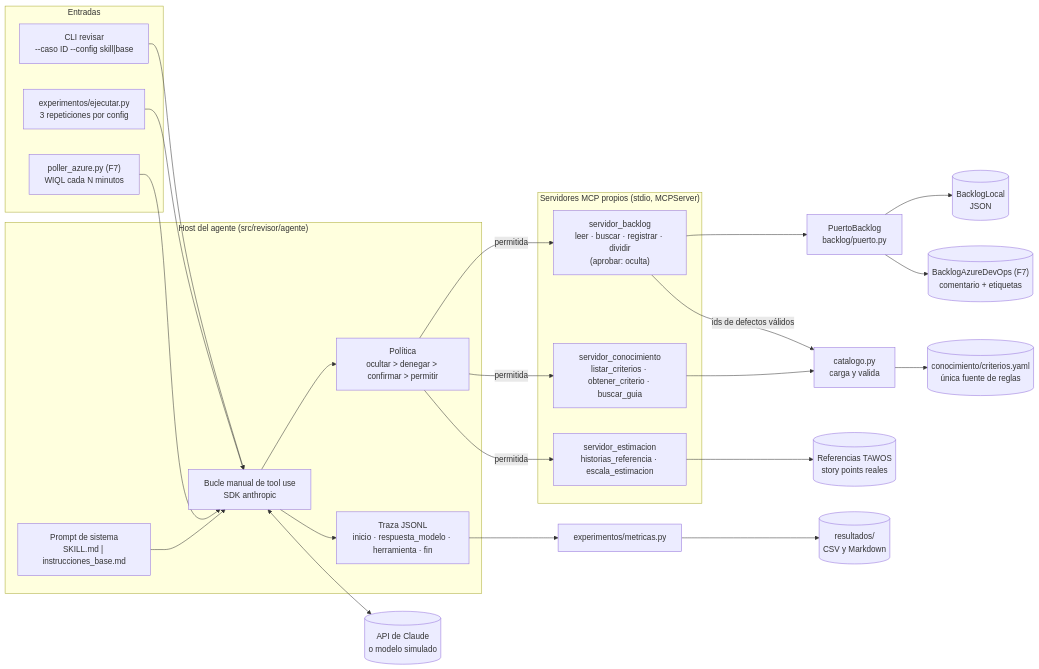
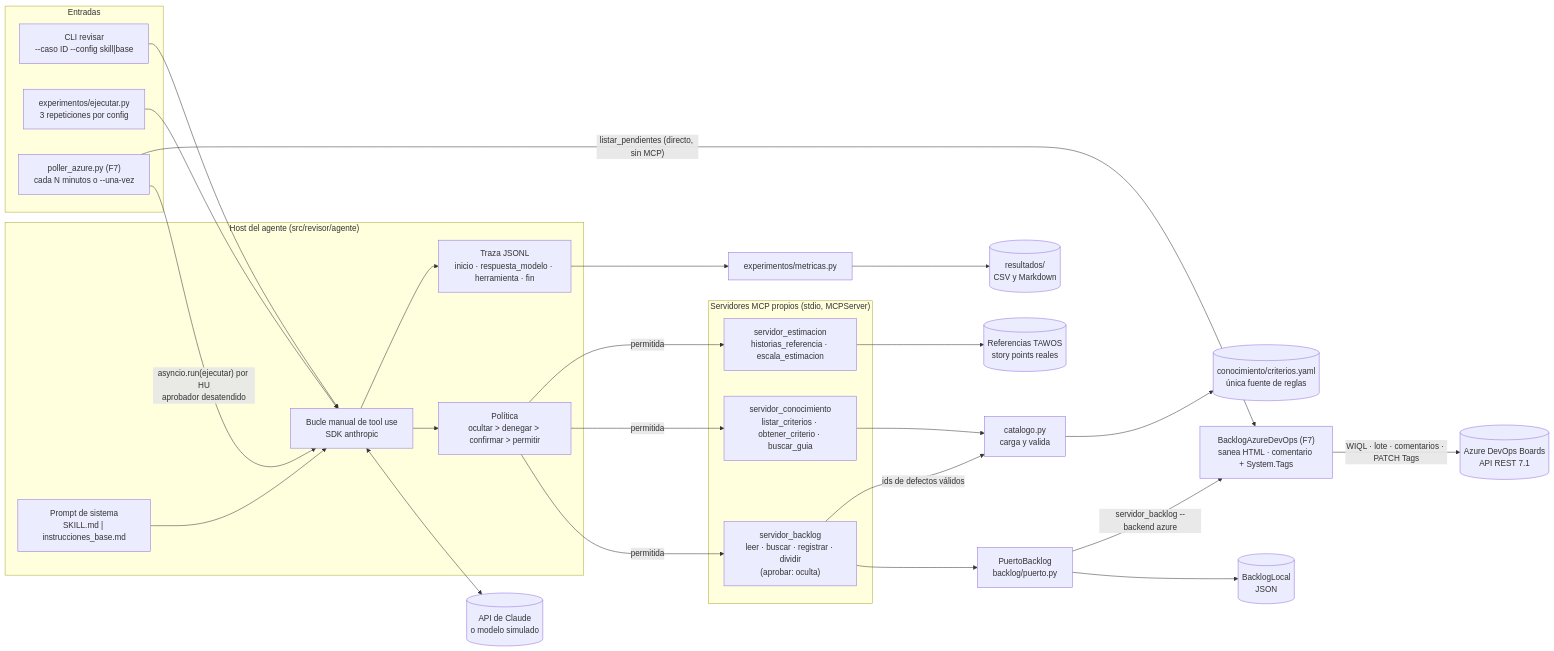
Before and after one commit to zele0991-lab/RevisorHU: the diagram in docs/ARQUITECTURA.md, drawn with Mermaid. The commit also changed 25 other files, not shown here.

First line of the commit message:
F7: conector de Azure DevOps y poller, con revisión real de 10 HU

````diff
--- a/docs/ARQUITECTURA.md
+++ b/docs/ARQUITECTURA.md
@@ -7,52 +7,55 @@
 ```mermaid
 flowchart LR
     subgraph Entradas
         CLI["CLI revisar<br/>--caso ID --config skill|base"]
         EXP["experimentos/ejecutar.py<br/>3 repeticiones por config"]
-        POLL["poller_azure.py (F7)<br/>WIQL cada N minutos"]
+        POLL["poller_azure.py (F7)<br/>cada N minutos o --una-vez"]
     end
 
     subgraph Host["Host del agente (src/revisor/agente)"]
         PROMPT["Prompt de sistema<br/>SKILL.md | instrucciones_base.md"]
         BUCLE["Bucle manual de tool use<br/>SDK anthropic"]
         POL["Política<br/>ocultar > denegar > confirmar > permitir"]
         TRAZA["Traza JSONL<br/>inicio · respuesta_modelo · herramienta · fin"]
     end
 
     API[("API de Claude<br/>o modelo simulado")]
 
     subgraph MCP["Servidores MCP propios (stdio, MCPServer)"]
         SB["servidor_backlog<br/>leer · buscar · registrar · dividir<br/>(aprobar: oculta)"]
         SC["servidor_conocimiento<br/>listar_criterios · obtener_criterio · buscar_guia"]
         SE["servidor_estimacion<br/>historias_referencia · escala_estimacion"]
     end
 
     PUERTO["PuertoBacklog<br/>backlog/puerto.py"]
     LOCAL[("BacklogLocal<br/>JSON")]
-    AZDO[("BacklogAzureDevOps (F7)<br/>comentario + etiquetas")]
+    AZDO["BacklogAzureDevOps (F7)<br/>sanea HTML · comentario + System.Tags"]
+    BOARDS[("Azure DevOps Boards<br/>API REST 7.1")]
     CAT["catalogo.py<br/>carga y valida"]
     YAML[("conocimiento/criterios.yaml<br/>única fuente de reglas")]
     TAWOS[("Referencias TAWOS<br/>story points reales")]
     MET["experimentos/metricas.py"]
     RES[("resultados/<br/>CSV y Markdown")]
 
     CLI --> BUCLE
     EXP --> BUCLE
-    POLL --> BUCLE
+    POLL -->|"asyncio.run(ejecutar) por HU<br/>aprobador desatendido"| BUCLE
+    POLL -->|"listar_pendientes (directo, sin MCP)"| AZDO
+    AZDO -->|"WIQL · lote · comentarios · PATCH Tags"| BOARDS
     PROMPT --> BUCLE
     BUCLE <--> API
     BUCLE --> POL
     POL -->|permitida| SB
     POL -->|permitida| SC
     POL -->|permitida| SE
     BUCLE --> TRAZA
     SB --> PUERTO
     PUERTO --> LOCAL
-    PUERTO --> AZDO
+    PUERTO -->|"servidor_backlog --backend azure"| AZDO
     SB -->|ids de defectos válidos| CAT
     SC --> CAT
     CAT --> YAML
     SE --> TAWOS
     TRAZA --> MET
     MET --> RES
 ```
````
